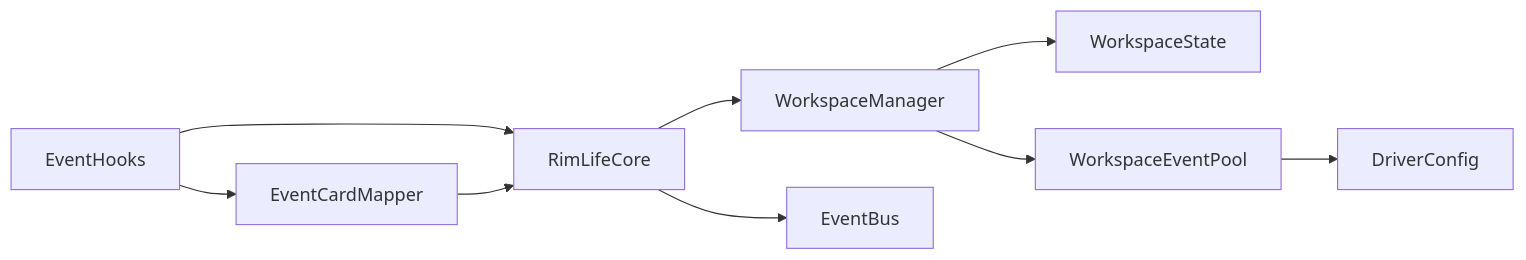
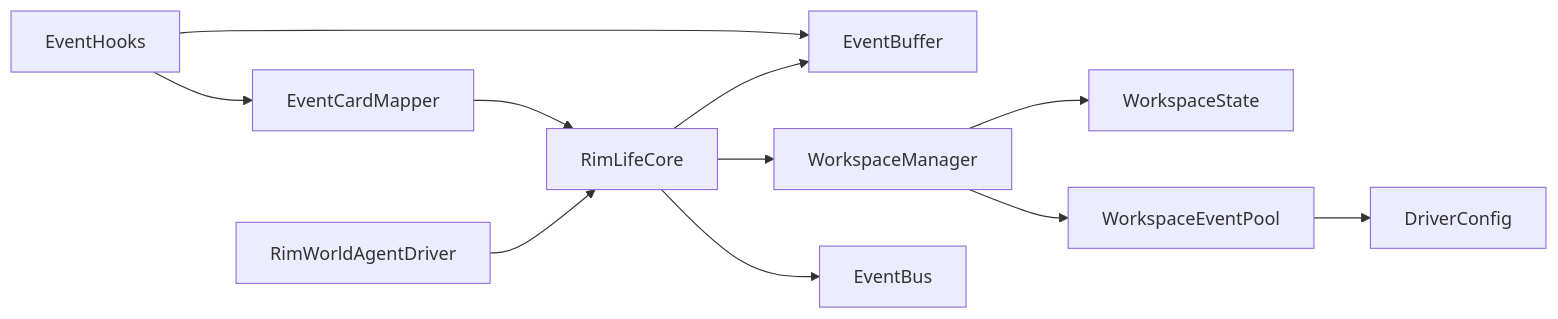
The tenth of 10 diagrams in .qoder/repowiki/zh/content/核心架构设计/事件系统集成.md (suzvka/RimLife), drawn with Mermaid before and after one commit. The commit also changed other lines of this file and 31 other files, not shown here.

````diff
--- a/.qoder/repowiki/zh/content/核心架构设计/事件系统集成.md
+++ b/.qoder/repowiki/zh/content/核心架构设计/事件系统集成.md
@@ -397,11 +519,13 @@
 ```mermaid
 graph LR
 EH["EventHooks"] --> ECM["EventCardMapper"]
-EH --> RC["RimLifeCore"]
-ECM --> RC
+EH --> EBuf["EventBuffer"]
+ECM --> RC["RimLifeCore"]
 RC --> WSM["WorkspaceManager"]
 WSM --> WSP["WorkspaceState"]
 WSM --> WEP["WorkspaceEventPool"]
 WEP --> DC["DriverConfig"]
 RC --> EB["EventBus"]
+RD["RimWorldAgentDriver"] --> RC
+RC --> EBuf
 ```
````
